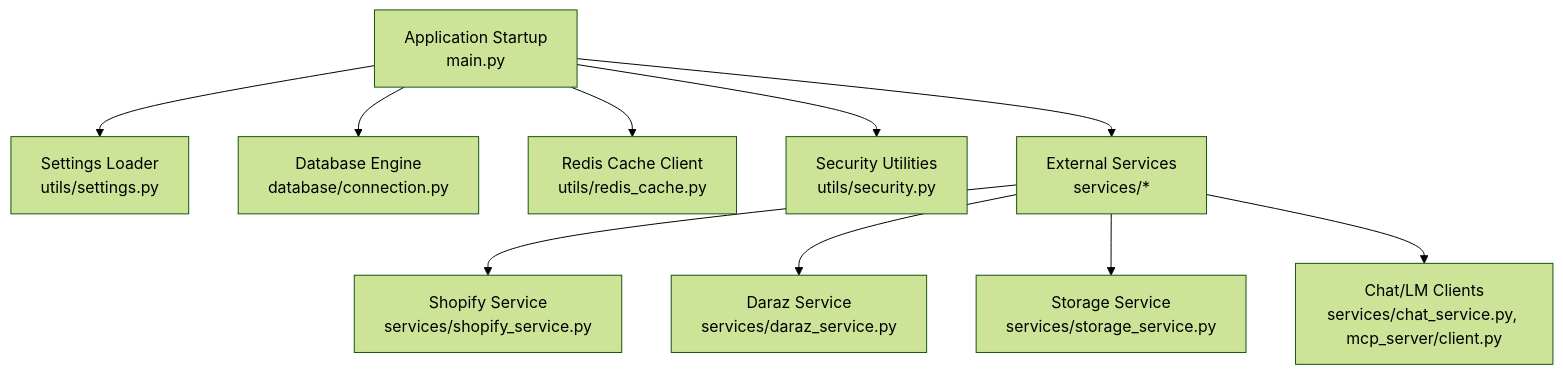
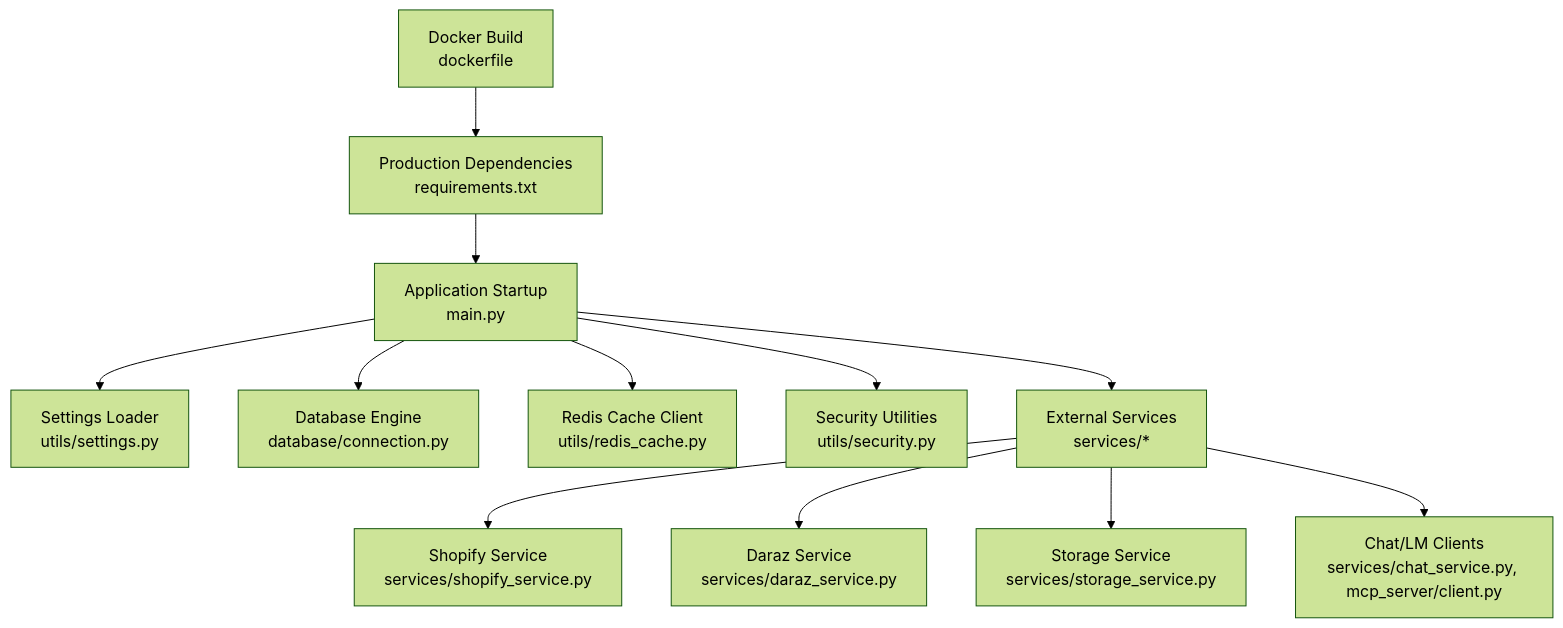
The first of 4 diagrams in .qoder/repowiki/en/content/Deployment & Operations/Environment Setup & Configuration.md (Muhammad-Masood/tijarah-ai-backend), drawn with Mermaid (forest theme) before and after one commit. The commit also changed other lines of this file and 4 other files, not shown here.

````diff
--- a/.qoder/repowiki/en/content/Deployment & Operations/Environment Setup & Configuration.md
+++ b/.qoder/repowiki/en/content/Deployment & Operations/Environment Setup & Configuration.md
@@ -46,12 +62,14 @@
 ```mermaid
 graph TB
 A["Application Startup<br/>main.py"] --> B["Settings Loader<br/>utils/settings.py"]
 A --> C["Database Engine<br/>database/connection.py"]
 A --> D["Redis Cache Client<br/>utils/redis_cache.py"]
 A --> E["Security Utilities<br/>utils/security.py"]
 A --> F["External Services<br/>services/*"]
 F --> G["Shopify Service<br/>services/shopify_service.py"]
 F --> H["Daraz Service<br/>services/daraz_service.py"]
 F --> I["Storage Service<br/>services/storage_service.py"]
 F --> J["Chat/LM Clients<br/>services/chat_service.py, mcp_server/client.py"]
+K["Production Dependencies<br/>requirements.txt"] --> A
+L["Docker Build<br/>dockerfile"] --> K
 ```
````
